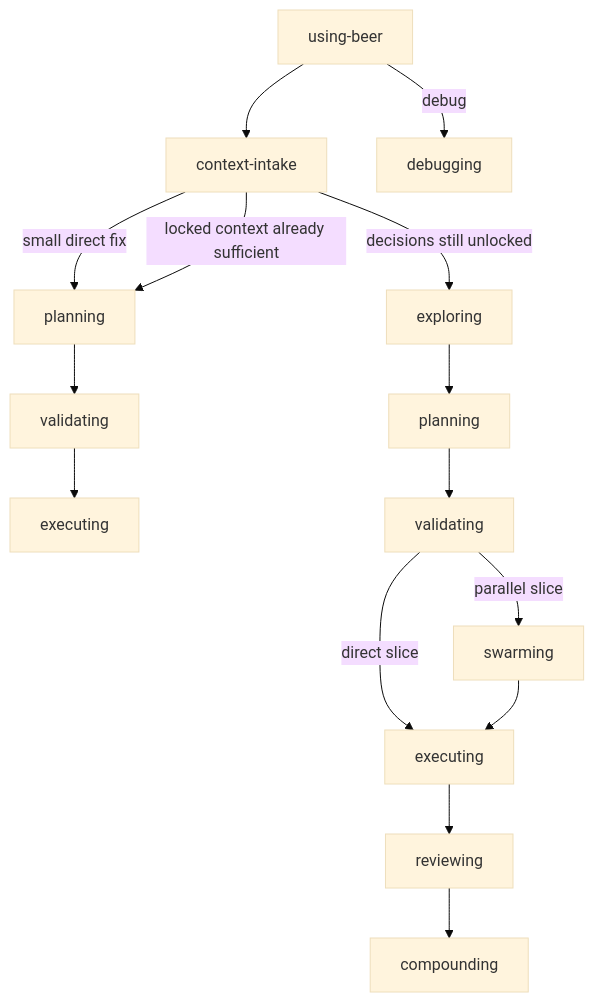
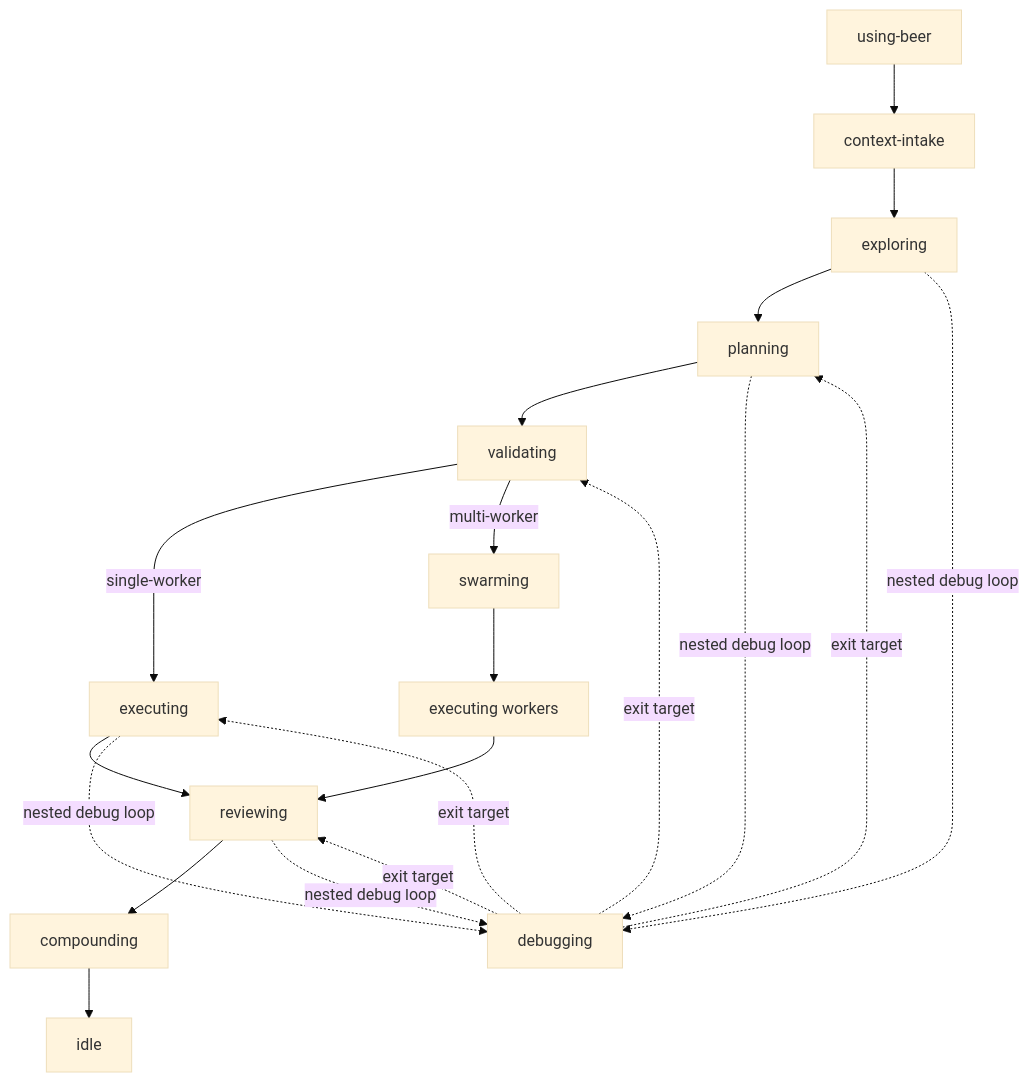
Before and after one commit to Huy-04/beer-skills: the diagram in skill-catalog.md, drawn with Mermaid (base theme). The commit also changed other lines of this file and 101 other files, not shown here.

````diff
--- a/skill-catalog.md
+++ b/skill-catalog.md
@@ -46,18 +46,23 @@
 ```mermaid
 flowchart TD
     U[using-beer] --> C[context-intake]
-    C -->|small direct fix| P[planning]
-    C -->|locked context already sufficient| P
-    C -->|decisions still unlocked| X[exploring]
+    C --> X[exploring]
+    X --> P[planning]
     P --> V[validating]
-    V --> E[executing]
-    X --> P2[planning]
-    P2 --> V2[validating]
-    V2 -->|direct slice| E2[executing]
-    V2 -->|parallel slice| S[swarming]
-    S --> E2
-    E2 --> R[reviewing]
+    V -->|single-worker| E[executing]
+    V -->|multi-worker| S[swarming]
+    S --> E2[executing workers]
+    E --> R[reviewing]
+    E2 --> R
     R --> O[compounding]
+    O --> I[idle]
 
-    U -->|debug| D[debugging]
+    X -. nested debug loop .-> D[debugging]
+    P -. nested debug loop .-> D
+    E -. nested debug loop .-> D
+    R -. nested debug loop .-> D
+    D -. exit target .-> P
+    D -. exit target .-> V
+    D -. exit target .-> E
+    D -. exit target .-> R
 ```
````
